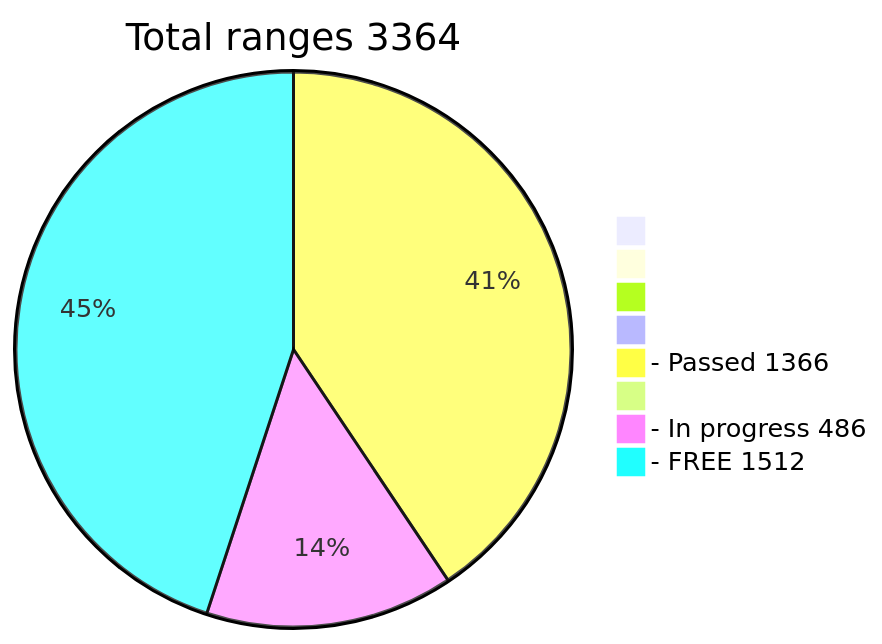
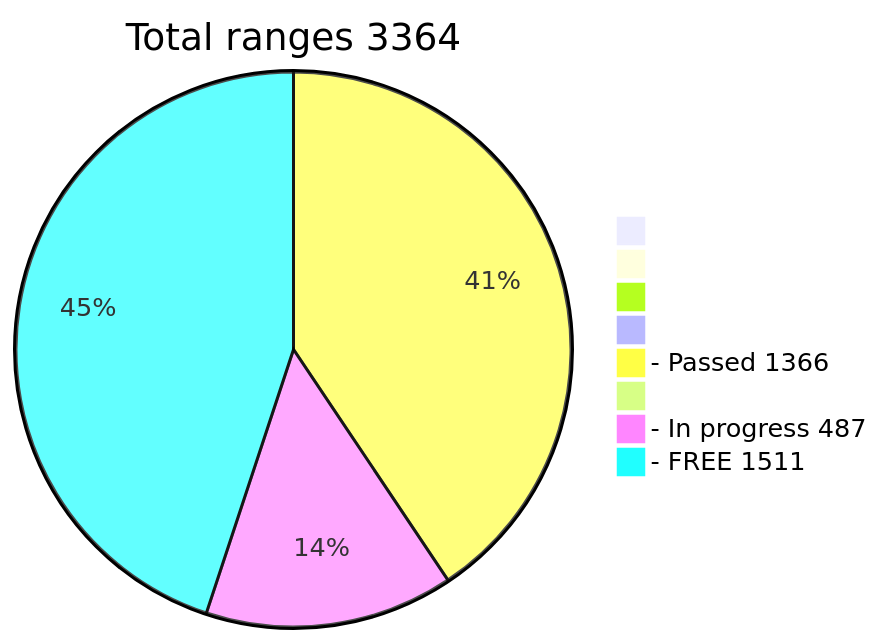
The diagram in README.md (phrutis/wif500), drawn with Mermaid before and after one commit.

````diff
--- a/README.md
+++ b/README.md
@@ -16,12 +16,12 @@
 ```mermaid
 pie title Total ranges 3364
              " " : 0
             "  " : 0
            "   " : 0
           "    " : 0
   "- Passed 1366" : 1366
          "     " : 0
-  "- In progress 486" : 486
-   "- FREE 1512" : 1512
+  "- In progress 487" : 487
+   "- FREE 1511" : 1511
    
 ```
````
